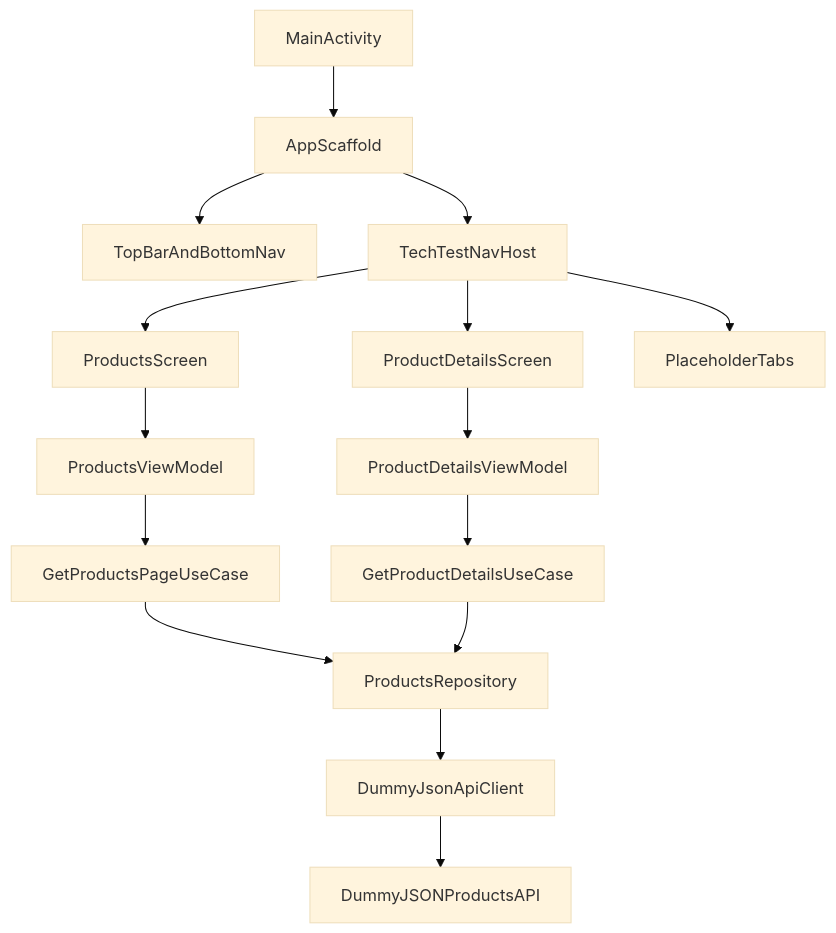
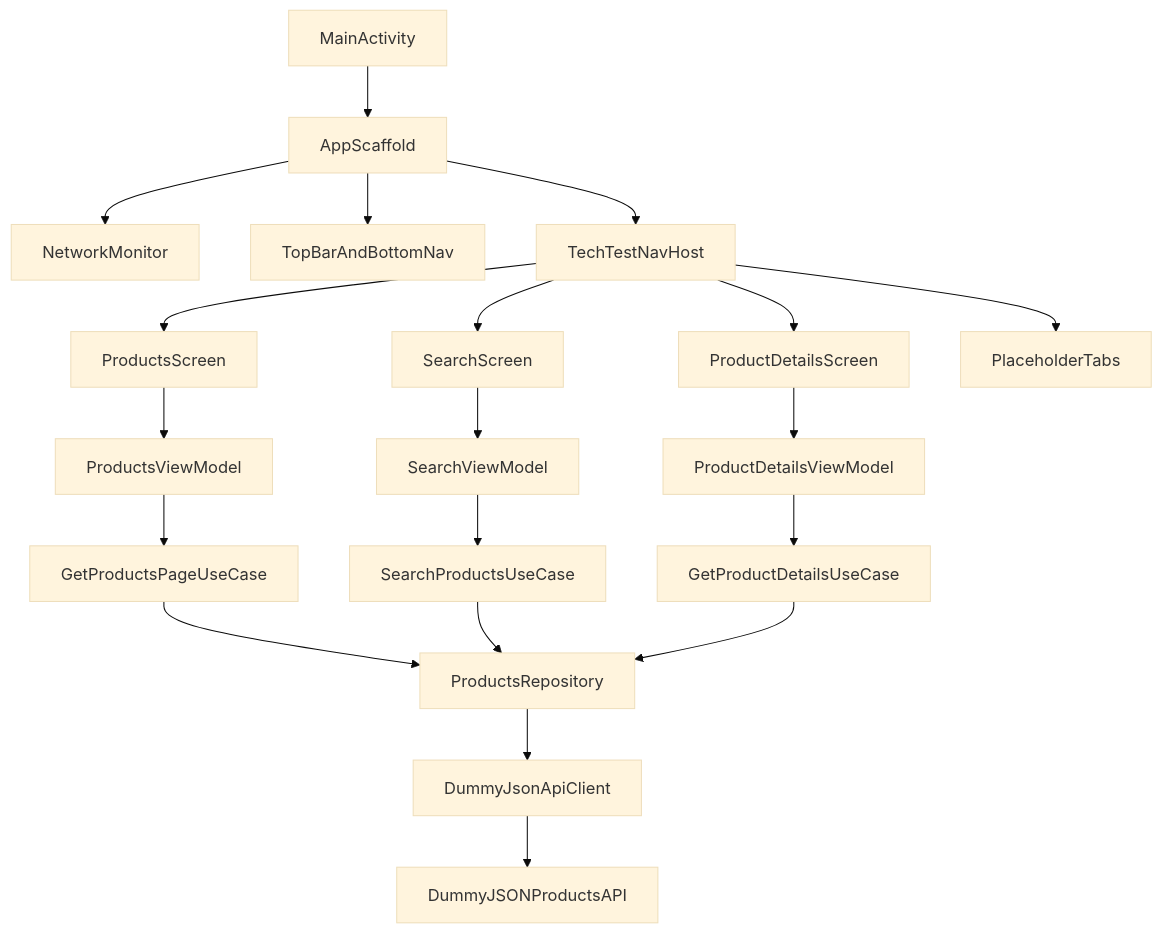
One commit to abilashcse/next-android-test changed the diagram in README.md. Above: the diagram before and after it, drawn with Mermaid (base theme). The commit also changed other lines of this file and 28 other files, not shown here.

````diff
--- a/README.md
+++ b/README.md
@@ -23,22 +24,27 @@
 ```mermaid
 flowchart TD
   MainActivity-->AppScaffold
+  AppScaffold-->NetworkMonitor
   AppScaffold-->TopBarAndBottomNav
   AppScaffold-->TechTestNavHost
 
   TechTestNavHost-->ProductsScreen
+  TechTestNavHost-->SearchScreen
   TechTestNavHost-->ProductDetailsScreen
   TechTestNavHost-->PlaceholderTabs
 
   ProductsScreen-->ProductsViewModel
+  SearchScreen-->SearchViewModel
   ProductDetailsScreen-->ProductDetailsViewModel
 
   ProductsViewModel-->GetProductsPageUseCase
+  SearchViewModel-->SearchProductsUseCase
   ProductDetailsViewModel-->GetProductDetailsUseCase
 
   GetProductsPageUseCase-->ProductsRepository
+  SearchProductsUseCase-->ProductsRepository
   GetProductDetailsUseCase-->ProductsRepository
 
   ProductsRepository-->DummyJsonApiClient
   DummyJsonApiClient-->DummyJsonProductsApi["DummyJSONProductsAPI"]
 ```
````
